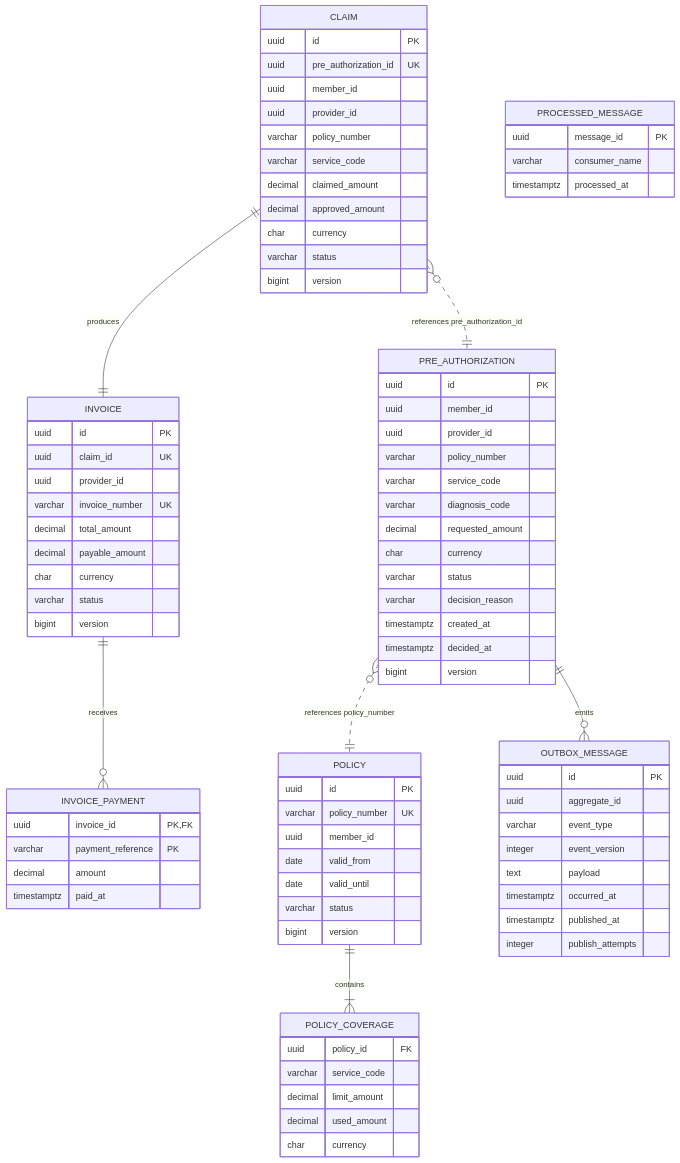
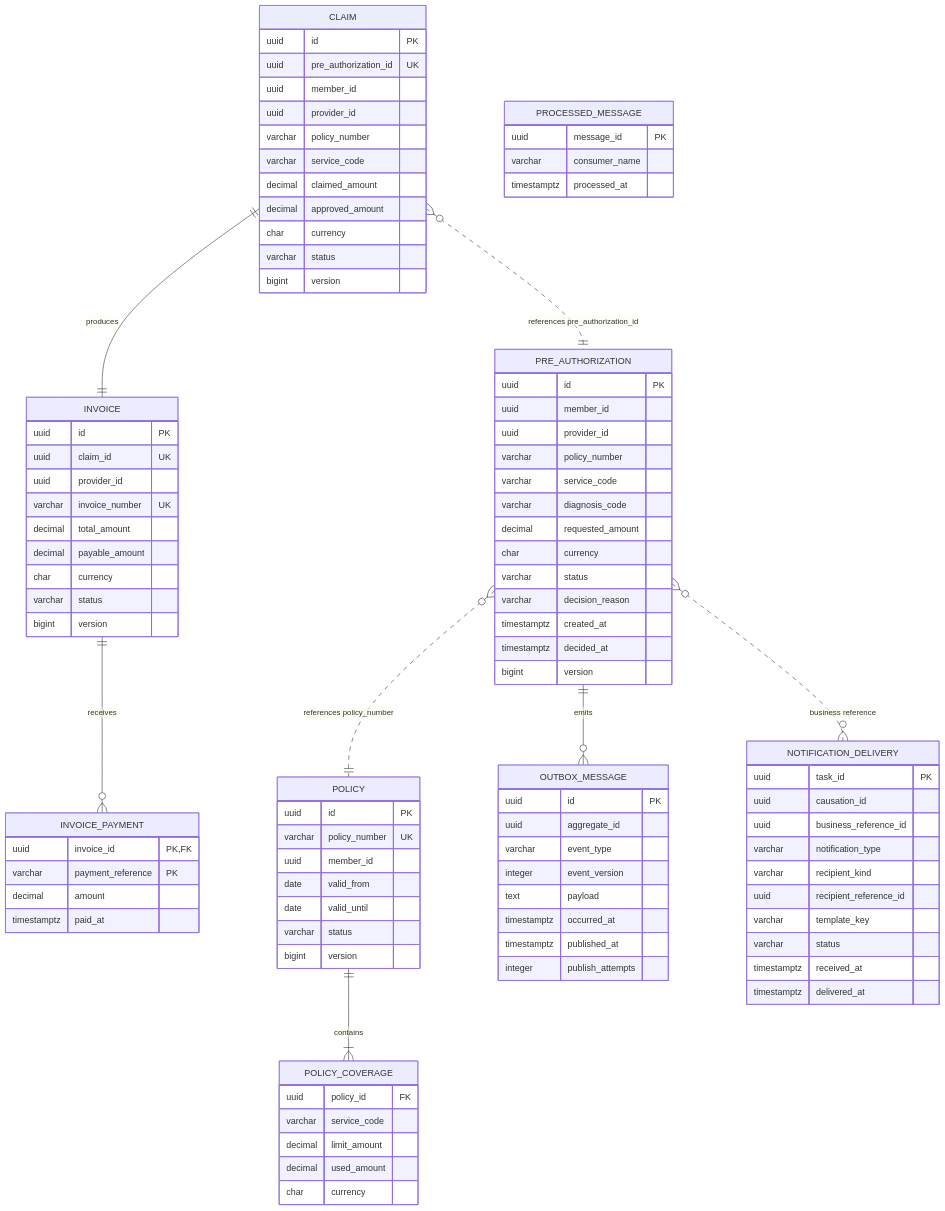
Before and after one commit to aydindemir1/health-insurance-platform: the diagram in docs/architecture/data-model.md, drawn with Mermaid. The commit also changed other lines of this file and 7 other files, not shown here.

````diff
--- a/docs/architecture/data-model.md
+++ b/docs/architecture/data-model.md
@@ -11,6 +11,7 @@
     INVOICE ||--o{ INVOICE_PAYMENT : receives
     CLAIM }o..|| PRE_AUTHORIZATION : "references pre_authorization_id"
     PRE_AUTHORIZATION ||--o{ OUTBOX_MESSAGE : emits
+    PRE_AUTHORIZATION }o..o{ NOTIFICATION_DELIVERY : "business reference"
 
     POLICY {
         uuid id PK
@@ -88,4 +89,16 @@
         varchar consumer_name
         timestamptz processed_at
     }
+    NOTIFICATION_DELIVERY {
+        uuid task_id PK
+        uuid causation_id
+        uuid business_reference_id
+        varchar notification_type
+        varchar recipient_kind
+        uuid recipient_reference_id
+        varchar template_key
+        varchar status
+        timestamptz received_at
+        timestamptz delivered_at
+    }
 ```
````
